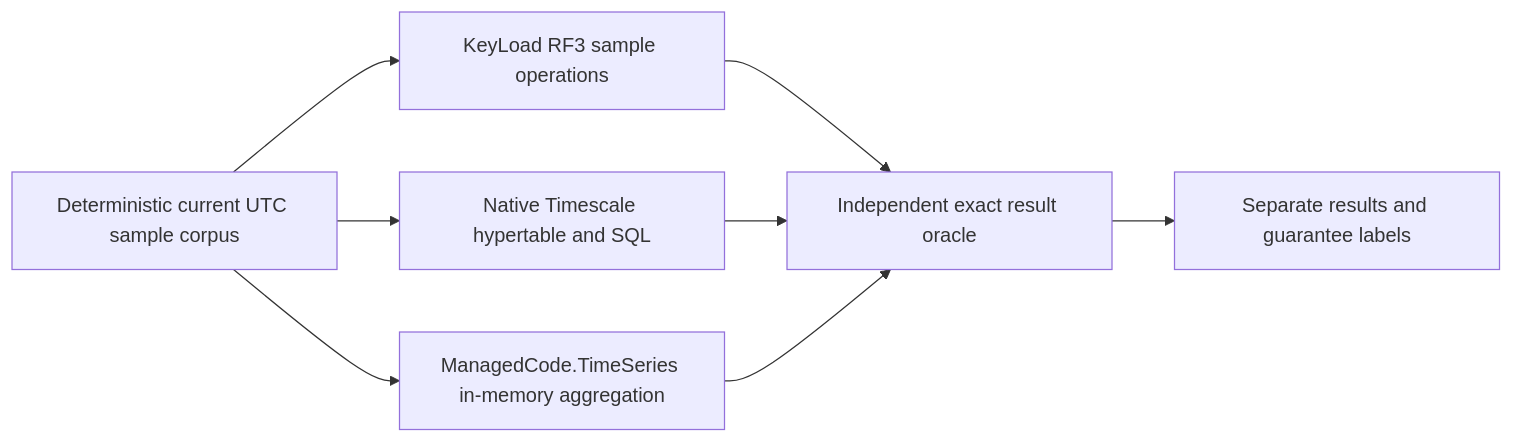
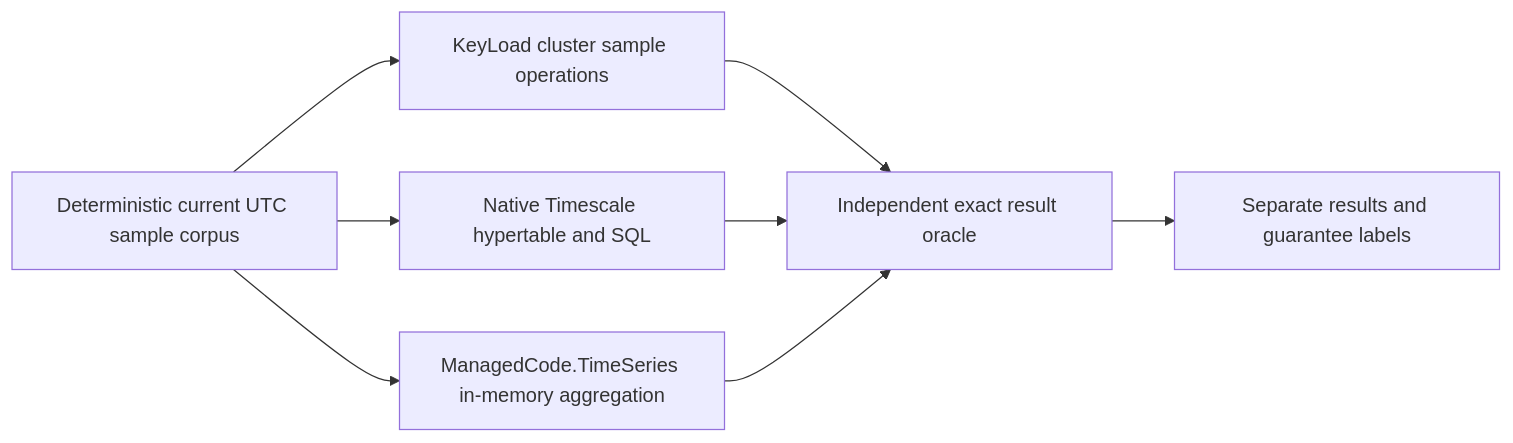
Before and after one commit to managedcode/KeyLoad: the diagram in docs/ADR/ADR-050-timeseries-timescale-comparison.md, drawn with Mermaid. The commit also changed other lines of this file and 7356 other files, not shown here.

````diff
--- a/docs/ADR/ADR-050-timeseries-timescale-comparison.md
+++ b/docs/ADR/ADR-050-timeseries-timescale-comparison.md
@@ -12,10 +12,10 @@
 ```mermaid
 flowchart LR
-    Corpus[Deterministic current UTC sample corpus] --> KeyLoad[KeyLoad RF3 sample operations]
+    Corpus[Deterministic current UTC sample corpus] --> KeyLoad[KeyLoad cluster sample operations]
     Corpus --> Timescale[Native Timescale hypertable and SQL]
     Corpus --> Library[ManagedCode.TimeSeries in-memory aggregation]
     KeyLoad --> Oracle[Independent exact result oracle]
     Timescale --> Oracle
     Library --> Oracle
     Oracle --> Report[Separate results and guarantee labels]
 ```
````
